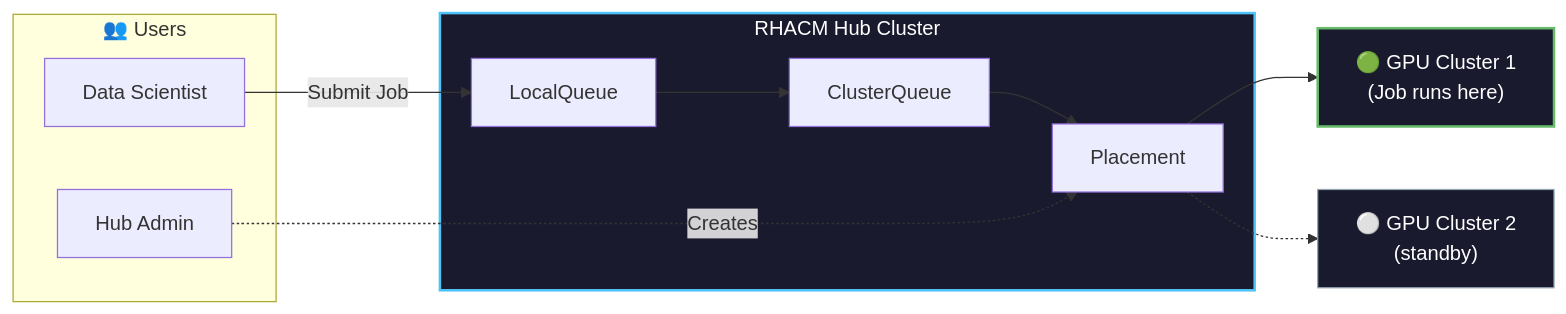
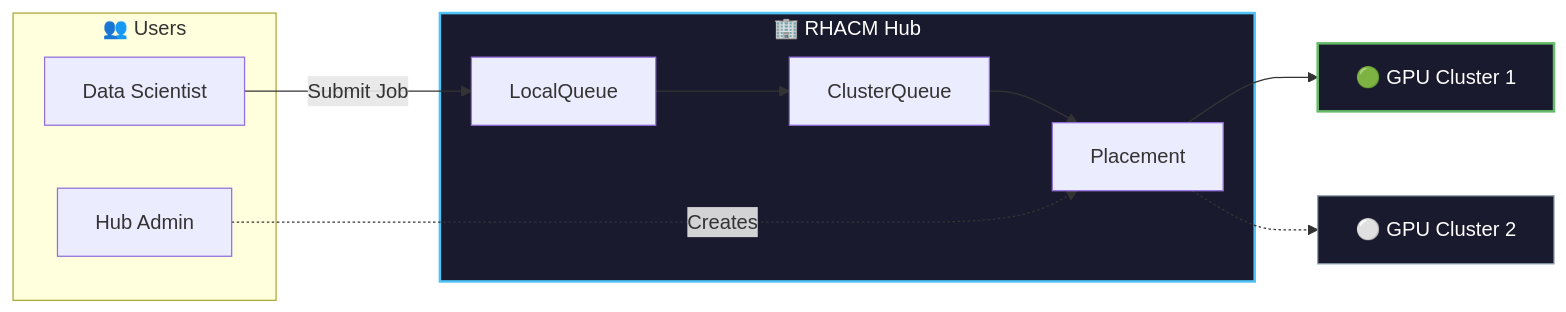
Before and after one commit to rrbanda/GPUaaS-RHACM: the third of 4 diagrams in docs/concepts.md, drawn with Mermaid. The commit also changed other lines of this file, not shown here.

Commit message:
Improve Mermaid diagrams - more even block sizing and cleaner labels

````diff
--- a/docs/concepts.md
+++ b/docs/concepts.md
@@ -184,21 +184,21 @@
 ```mermaid
 flowchart LR
     subgraph users["👥 Users"]
         ds["Data Scientist"]
-        admin["Hub Admin"]
+        admin["Hub Admin "]
     end
     
-    subgraph hub["RHACM Hub Cluster"]
-        lq["LocalQueue"] --> cq["ClusterQueue"]
-        cq --> pl["Placement"]
+    subgraph hub["🏢 RHACM Hub"]
+        lq["LocalQueue "] --> cq["ClusterQueue"]
+        cq --> pl["Placement  "]
         admin -.->|Creates| pl
     end
     
     ds -->|Submit Job| lq
-    pl --> g1["🟢 GPU Cluster 1<br/>(Job runs here)"]
-    pl -.-> g2["⚪ GPU Cluster 2<br/>(standby)"]
+    pl --> g1["🟢 GPU Cluster 1"]
+    pl -.-> g2["⚪ GPU Cluster 2"]
     
     style hub fill:#1a1a2e,stroke:#4fc3f7,stroke-width:2px,color:#fff
     style g1 fill:#1a1a2e,stroke:#66bb6a,stroke-width:2px,color:#fff
     style g2 fill:#1a1a2e,stroke:#90a4ae,stroke-width:1px,color:#fff
 ```
````
